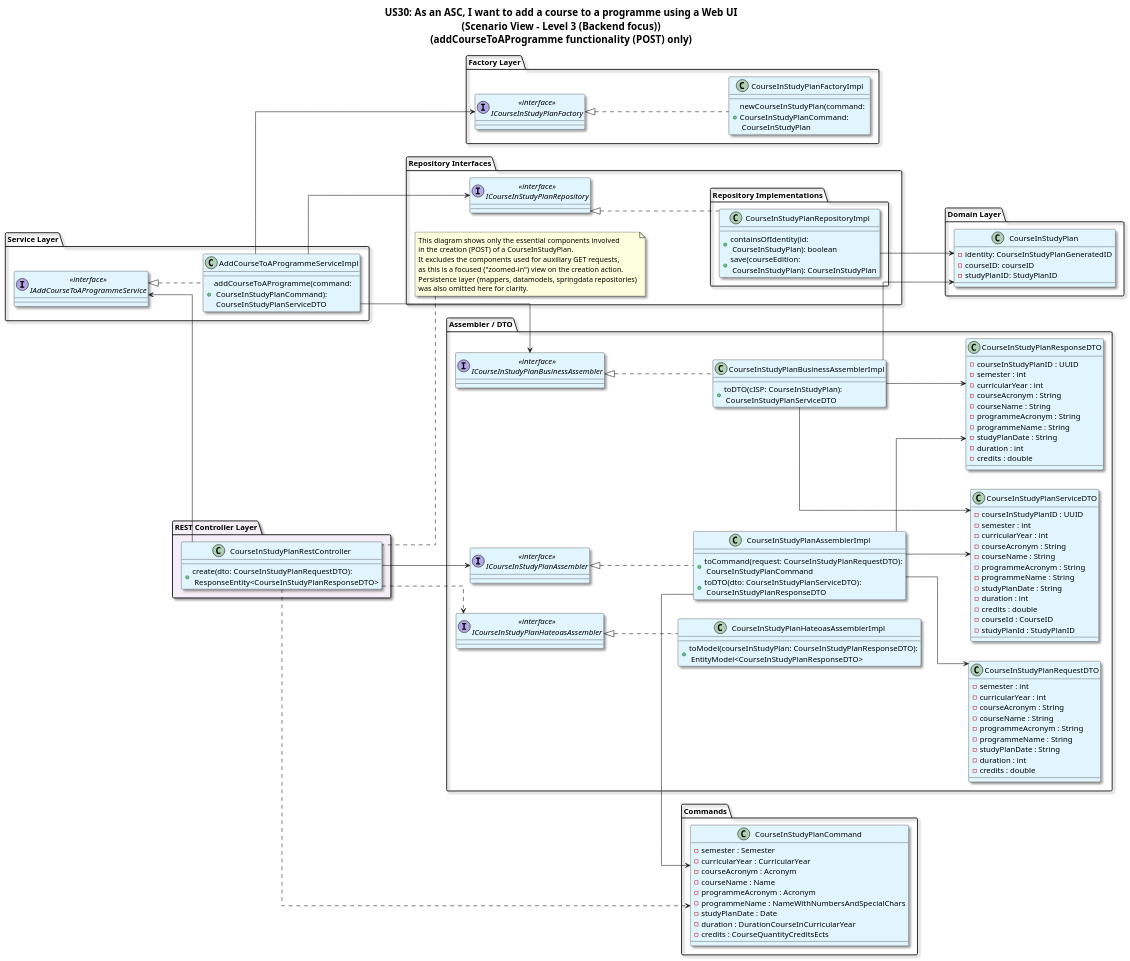
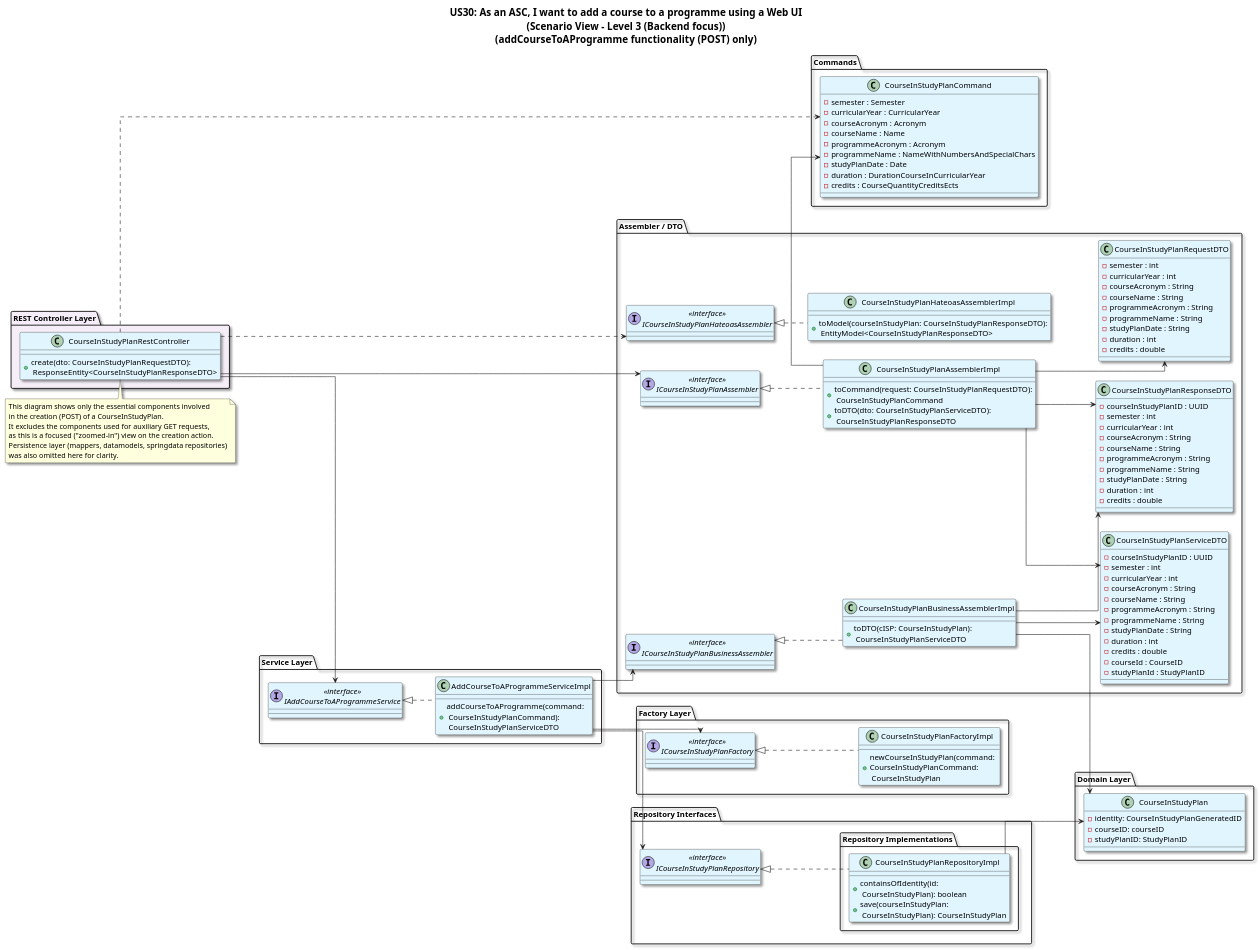
The diagram in docs/US30/Sprint_7/ScenarioView/AddCourseToAProgramme_ScenarioView_Level3.puml (GasparISEP/DevOps-PAI), drawn with PlantUML before and after one commit.

Commit message:
fix(diagram): small correction in level 3 scenario-view diagram for addCourseToAProgramme functionality to improve visibility (refs #701, #704)

```diff
--- a/docs/US30/Sprint_7/ScenarioView/AddCourseToAProgramme_ScenarioView_Level3.puml
+++ b/docs/US30/Sprint_7/ScenarioView/AddCourseToAProgramme_ScenarioView_Level3.puml
@@ -1,177 +1,179 @@
 @startuml
 title: US30: As an ASC, I want to add a course to a programme using a Web UI\n(Scenario View - Level 3 (Backend focus))\n(addCourseToAProgramme functionality (POST) only)
 
 
 ' ========== SETTINGS ==========
 skinparam classBackgroundColor #E1F5FE
 skinparam titleFontSize 18
 skinparam linetype ortho
 skinparam LegendBackgroundColor white
 skinparam LegendBorderColor white
 skinparam classFontSize 14
 skinparam shadowing true
 skinparam rectangle {
   RoundCorner 20
 }
 skinparam classBorderColor Black
 left to right direction
 
+
 package "REST Controller Layer" #F5EEF8 {
   class CourseInStudyPlanRestController {
     +create(dto: CourseInStudyPlanRequestDTO):\n ResponseEntity<CourseInStudyPlanResponseDTO>
     }
 }
+
+note top
+This diagram shows only the essential components involved
+in the creation (POST) of a CourseInStudyPlan.
+It excludes the components used for auxiliary GET requests,
+as this is a focused ("zoomed-in") view on the creation action.
+Persistence layer (mappers, datamodels, springdata repositories)
+was also omitted here for clarity.
+end note
 
 package "Service Layer" {
   interface "<<interface>>\nIAddCourseToAProgrammeService" as IAddCourseToAProgrammeService
   class AddCourseToAProgrammeServiceImpl {
     +addCourseToAProgramme(command:\n CourseInStudyPlanCommand):\n CourseInStudyPlanServiceDTO
   }
 }
 
 package "Assembler / DTO" {
   interface "<<interface>>\nICourseInStudyPlanAssembler" as ICourseInStudyPlanAssembler
   class CourseInStudyPlanAssemblerImpl {
 +toCommand(request: CourseInStudyPlanRequestDTO):\n CourseInStudyPlanCommand
 +toDTO(dto: CourseInStudyPlanServiceDTO):\n CourseInStudyPlanResponseDTO
 }
   interface "<<interface>>\nICourseInStudyPlanBusinessAssembler" as ICourseInStudyPlanBusinessAssembler
     class CourseInStudyPlanBusinessAssemblerImpl {
   +toDTO(cISP: CourseInStudyPlan):\n CourseInStudyPlanServiceDTO
   }
   interface "<<interface>>\nICourseInStudyPlanHateoasAssembler" as ICourseInStudyPlanHateoasAssembler
   class CourseInStudyPlanHateoasAssemblerImpl {
   + toModel(courseInStudyPlan: CourseInStudyPlanResponseDTO):\n EntityModel<CourseInStudyPlanResponseDTO>
   }
 
 
   class CourseInStudyPlanRequestDTO {
     - semester : int
     - curricularYear : int
     - courseAcronym : String
     - courseName : String
     - programmeAcronym : String
     - programmeName : String
     - studyPlanDate : String
     - duration : int
     - credits : double
   }
 
 
   class CourseInStudyPlanResponseDTO {
     - courseInStudyPlanID : UUID
     - semester : int
     - curricularYear : int
     - courseAcronym : String
     - courseName : String
     - programmeAcronym : String
     - programmeName : String
     - studyPlanDate : String
     - duration : int
     - credits : double
   }
 
   class CourseInStudyPlanServiceDTO {
       - courseInStudyPlanID : UUID
       - semester : int
       - curricularYear : int
       - courseAcronym : String
       - courseName : String
       - programmeAcronym : String
       - programmeName : String
       - studyPlanDate : String
       - duration : int
       - credits : double
       - courseId : CourseID
       - studyPlanId : StudyPlanID
   }
 }
 
 package "Commands" {
 class CourseInStudyPlanCommand {
     - semester : Semester
     - curricularYear : CurricularYear
     - courseAcronym : Acronym
     - courseName : Name
     - programmeAcronym : Acronym
     - programmeName : NameWithNumbersAndSpecialChars
     - studyPlanDate : Date
     - duration : DurationCourseInCurricularYear
     - credits : CourseQuantityCreditsEcts
 }
 }
 
 package "Domain Layer" {
   class CourseInStudyPlan {
     -identity: CourseInStudyPlanGeneratedID
     -courseID: courseID
     -studyPlanID: StudyPlanID
   }
 }
 
 package "Factory Layer" {
   interface "<<interface>>\nICourseInStudyPlanFactory" as ICourseInStudyPlanFactory
   class CourseInStudyPlanFactoryImpl {
     +newCourseInStudyPlan(command: \nCourseInStudyPlanCommand:\n CourseInStudyPlan
   }
 }
 
 
 package "Repository Interfaces" {
   interface "<<interface>>\nICourseInStudyPlanRepository" as ICourseInStudyPlanRepository
 
   package "Repository Implementations"{
   class CourseInStudyPlanRepositoryImpl {
     +containsOfIdentity(id:\n CourseInStudyPlan): boolean
-    +save(courseEdition:\n CourseInStudyPlan): CourseInStudyPlan
+    +save(courseInStudyPlan:\n CourseInStudyPlan): CourseInStudyPlan
   }
 }
 
-note top of CourseInStudyPlanRestController
-This diagram shows only the essential components involved
-in the creation (POST) of a CourseInStudyPlan.
-It excludes the components used for auxiliary GET requests,
-as this is a focused ("zoomed-in") view on the creation action.
-Persistence layer (mappers, datamodels, springdata repositories)
-was also omitted here for clarity.
-end note
 
 ' Relationships
 CourseInStudyPlanRestController --> IAddCourseToAProgrammeService
 IAddCourseToAProgrammeService <|.. AddCourseToAProgrammeServiceImpl
 
 CourseInStudyPlanRestController --> ICourseInStudyPlanAssembler
 ICourseInStudyPlanAssembler <|.. CourseInStudyPlanAssemblerImpl
 ICourseInStudyPlanBusinessAssembler <|.. CourseInStudyPlanBusinessAssemblerImpl
 
 AddCourseToAProgrammeServiceImpl --> ICourseInStudyPlanFactory
 ICourseInStudyPlanFactory <|.. CourseInStudyPlanFactoryImpl
 
 AddCourseToAProgrammeServiceImpl --> ICourseInStudyPlanBusinessAssembler
 
 AddCourseToAProgrammeServiceImpl --> ICourseInStudyPlanRepository
 ICourseInStudyPlanRepository <|.. CourseInStudyPlanRepositoryImpl
 
 
 
 
 CourseInStudyPlanRepositoryImpl --> CourseInStudyPlan
 
 
 
 
 
 ICourseInStudyPlanHateoasAssembler <|.. CourseInStudyPlanHateoasAssemblerImpl
 
 CourseInStudyPlanAssemblerImpl --> CourseInStudyPlanRequestDTO
 CourseInStudyPlanBusinessAssemblerImpl --> CourseInStudyPlanResponseDTO
 CourseInStudyPlanBusinessAssemblerImpl --> CourseInStudyPlan
 CourseInStudyPlanBusinessAssemblerImpl --> CourseInStudyPlanServiceDTO
 CourseInStudyPlanAssemblerImpl --> CourseInStudyPlanServiceDTO
 
 CourseInStudyPlanAssemblerImpl -> CourseInStudyPlanCommand
 CourseInStudyPlanAssemblerImpl -> CourseInStudyPlanResponseDTO
 CourseInStudyPlanRestController ..> CourseInStudyPlanCommand
 CourseInStudyPlanRestController ..> ICourseInStudyPlanHateoasAssembler
 
 @enduml
```
